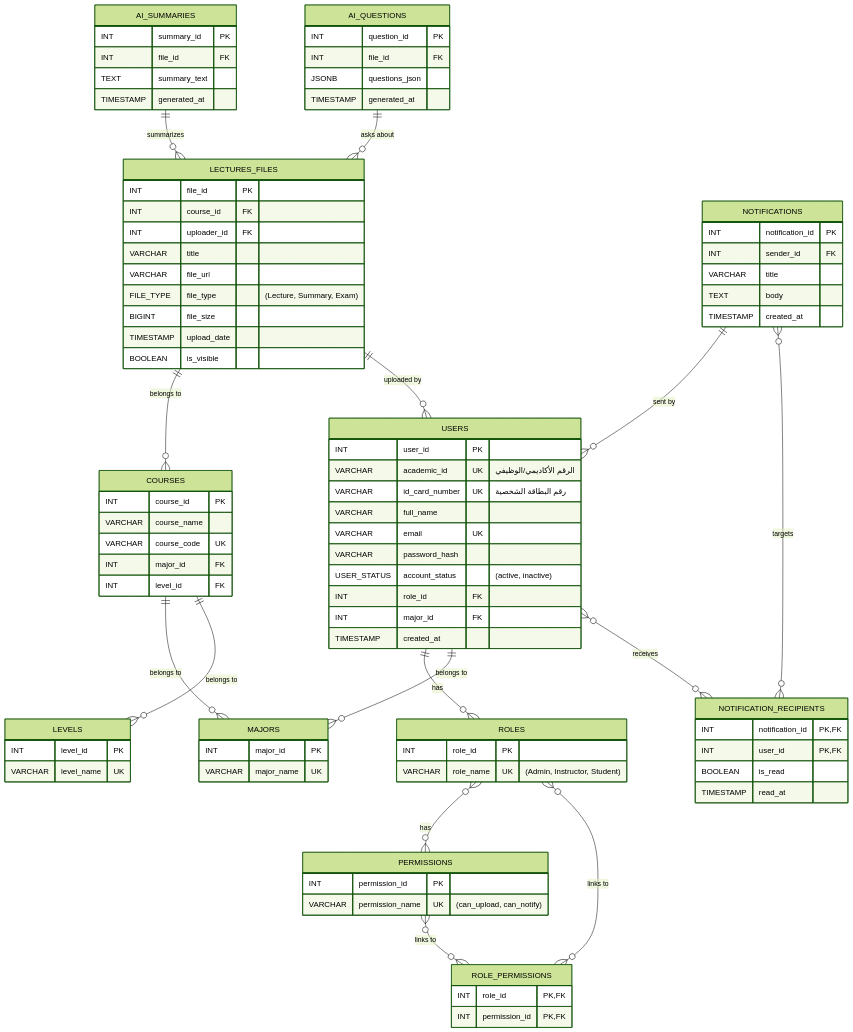
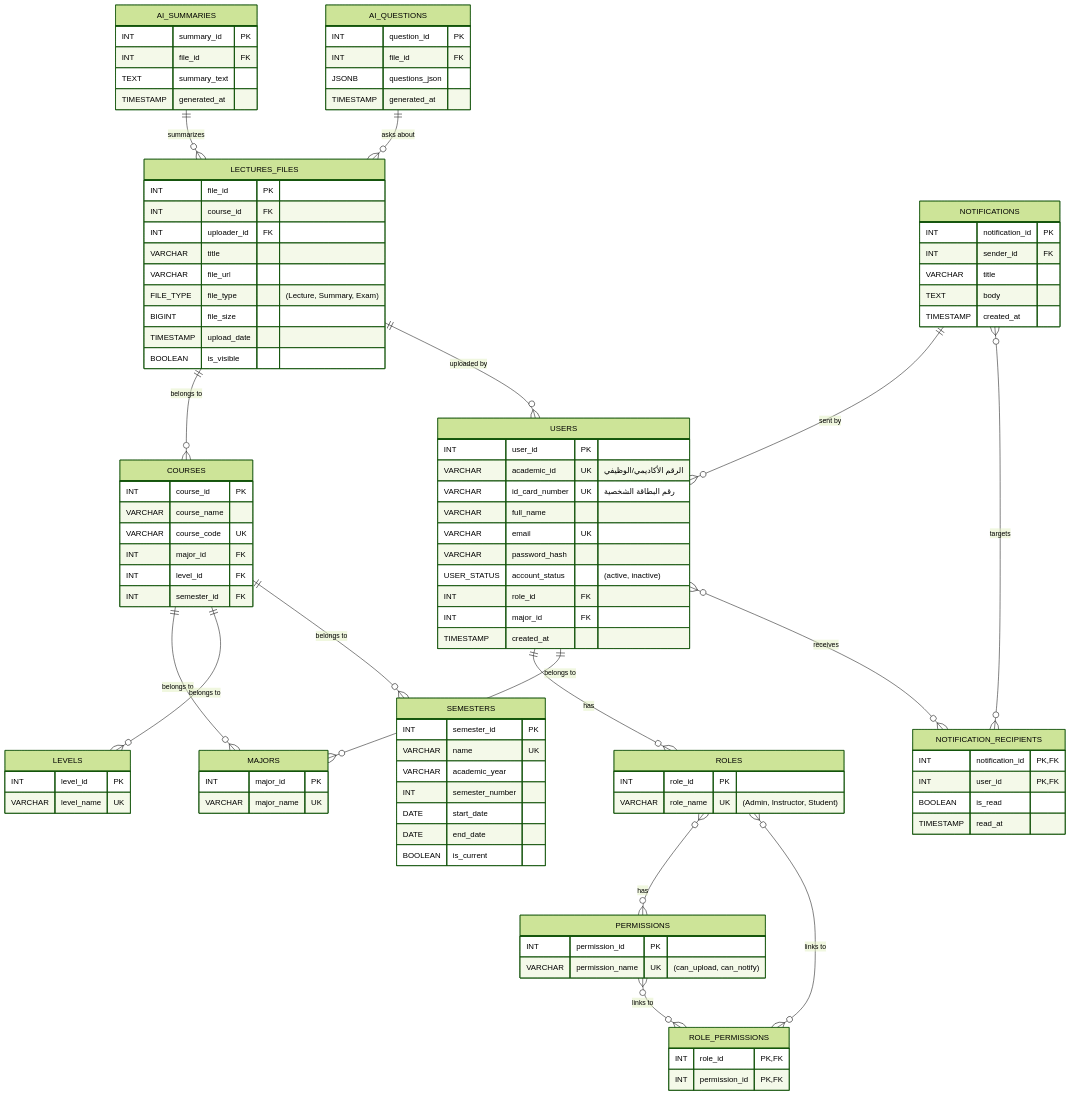
The diagram in Architecture/DATABASE.md (MoainAlabbasi/Documentation), drawn with Mermaid (forest theme) before and after one commit. The commit also changed other lines of this file and 4 other files, not shown here.

```diff
--- a/Architecture/DATABASE.md
+++ b/Architecture/DATABASE.md
@@ -53,7 +53,8 @@
         VARCHAR course_name
         VARCHAR course_code UK
         INT major_id FK
-        INT level_id FK
+                INT level_id FK
+        INT semester_id FK
     }
 
     LECTURES_FILES {
@@ -103,7 +104,18 @@
     PERMISSIONS }o--o{ ROLE_PERMISSIONS : "links to"
     ROLES }o--o{ ROLE_PERMISSIONS : "links to"
     COURSES ||--o{ MAJORS : "belongs to"
-    COURSES ||--o{ LEVELS : "belongs to"
+        COURSES ||--o{ LEVELS : "belongs to"
+    COURSES ||--o{ SEMESTERS : "belongs to"
+
+    SEMESTERS {
+        INT semester_id PK
+        VARCHAR name UK
+        VARCHAR academic_year
+        INT semester_number
+        DATE start_date
+        DATE end_date
+        BOOLEAN is_current
+    }
     LECTURES_FILES ||--o{ COURSES : "belongs to"
     LECTURES_FILES ||--o{ USERS : "uploaded by"
     NOTIFICATIONS ||--o{ USERS : "sent by"
```
